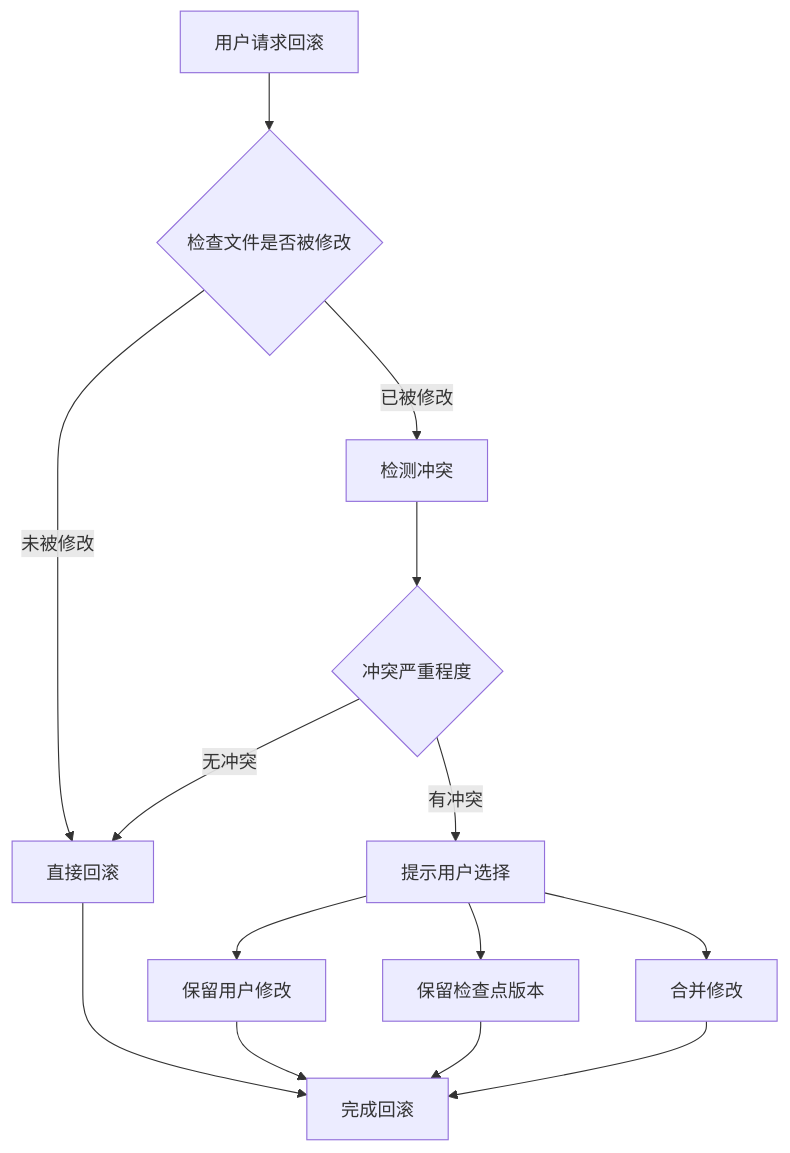
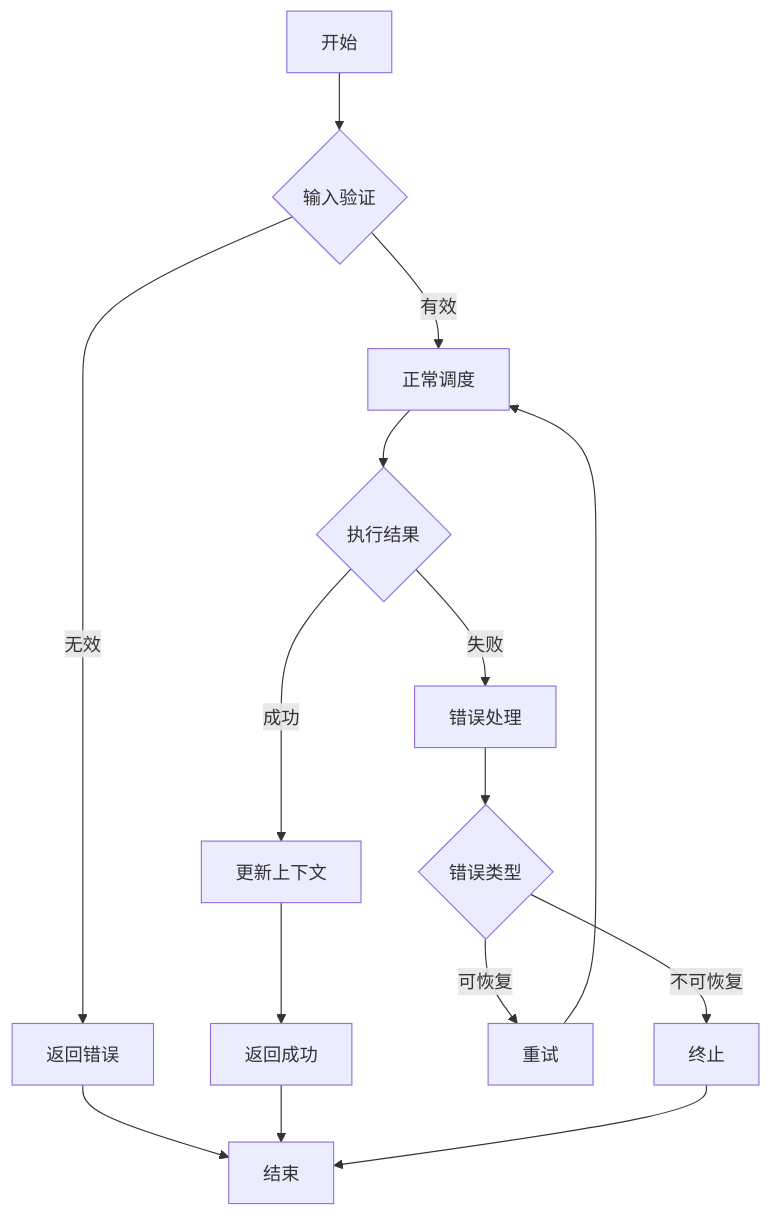
One commit to giraffe-tree/agent-base changed the eighth of 9 diagrams in docs/gemini-cli/questions/gemini-cli-revert-user-edit-conflict.md. Above: the diagram before and after it, drawn with Mermaid. The commit also changed other lines of this file and 39 other files, not shown here.

````diff
--- a/docs/gemini-cli/questions/gemini-cli-revert-user-edit-conflict.md
+++ b/docs/gemini-cli/questions/gemini-cli-revert-user-edit-conflict.md
@@ -174,16 +370,17 @@
 ```mermaid
 flowchart TD
-    A[用户请求回滚] --> B{检查文件是否被修改}
-    B -->|未被修改| C[直接回滚]
-    B -->|已被修改| D[检测冲突]
-    D --> E{冲突严重程度}
-    E -->|无冲突| C
-    E -->|有冲突| F[提示用户选择]
-    F --> G[保留用户修改]
-    F --> H[保留检查点版本]
-    F --> I[合并修改]
-    C --> J[完成回滚]
-    G --> J
-    H --> J
-    I --> J
+    A[开始] --> B{输入验证}
+    B -->|有效| C[正常调度]
+    B -->|无效| D[返回错误]
+    C --> E{执行结果}
+    E -->|成功| F[更新上下文]
+    E -->|失败| G[错误处理]
+    F --> H[返回成功]
+    G --> I{错误类型}
+    I -->|可恢复| J[重试]
+    I -->|不可恢复| K[终止]
+    J --> C
+    D --> End[结束]
+    H --> End
+    K --> End
 ```
````
